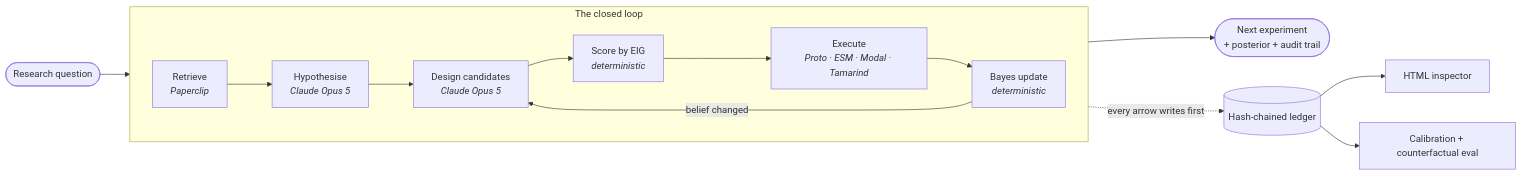
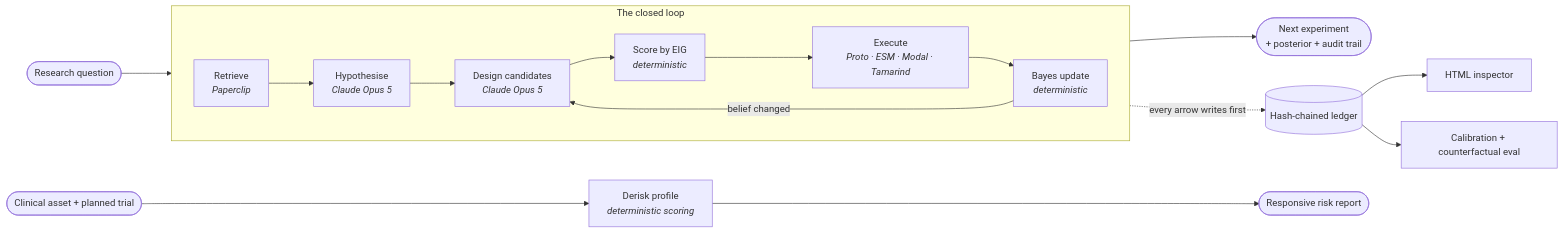
Before and after one commit to sameernagar-hub/probception: the diagram in README.md, drawn with Mermaid. The commit also changed other lines of this file and 21 other files, not shown here.

````diff
--- a/README.md
+++ b/README.md
@@ -68,20 +81,23 @@
 ```mermaid
 flowchart LR
     Q([Research question]) --> R
 
     subgraph LOOP["The closed loop"]
         direction LR
         R[Retrieve<br/><i>Paperclip</i>] --> H[Hypothesise<br/><i>Claude Opus 5</i>]
         H --> D[Design candidates<br/><i>Claude Opus 5</i>]
         D --> S[Score by EIG<br/><i>deterministic</i>]
         S --> X[Execute<br/><i>Proto · ESM · Modal · Tamarind</i>]
         X --> U[Bayes update<br/><i>deterministic</i>]
         U -->|belief changed| D
     end
 
     U --> P([Next experiment<br/>+ posterior + audit trail])
 
     LOOP -.every arrow writes first.-> L[(Hash-chained ledger)]
     L --> I[HTML inspector]
     L --> E[Calibration + counterfactual eval]
+
+    C([Clinical asset + planned trial]) --> RP[Derisk profile<br/><i>deterministic scoring</i>]
+    RP --> RPT([Responsive risk report])
 ```
````
